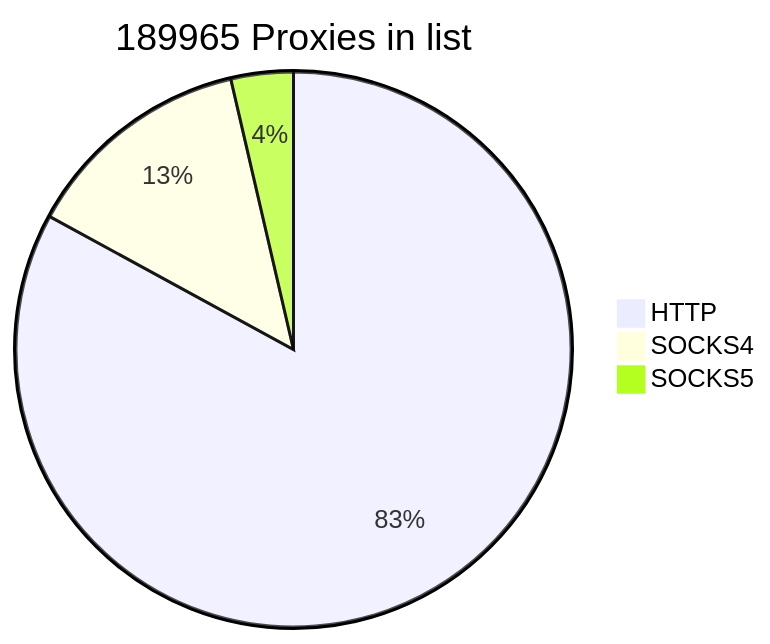
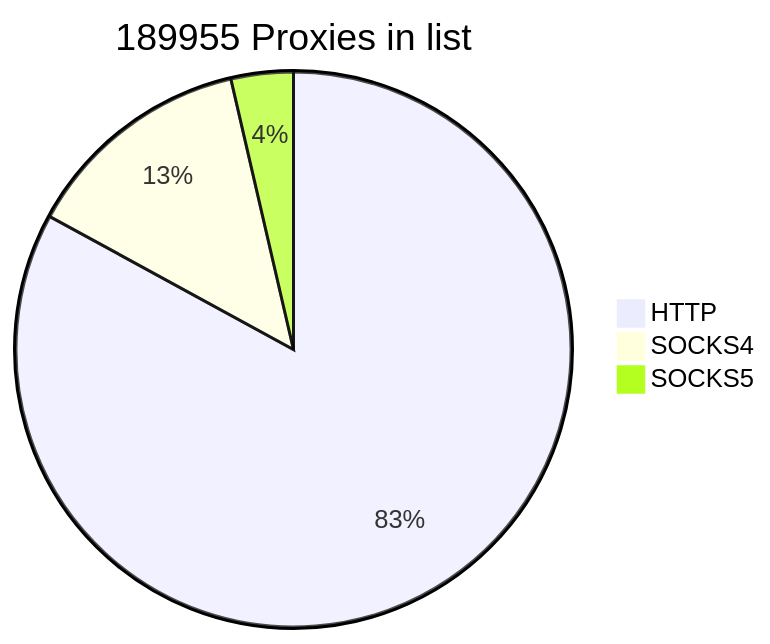
Before and after one commit to cutipu/proxylist: the first of 2 diagrams in README.md, drawn with Mermaid. The commit also changed other lines of this file, not shown here.

````diff
--- a/README.md
+++ b/README.md
@@ -2,7 +2,7 @@
 ```mermaid
-pie title 189965 Proxies in list
+pie title 189955 Proxies in list
     "HTTP" : 157569
     "SOCKS4" : 25508
-    "SOCKS5" : 6888
+    "SOCKS5" : 6878
             
 ```
````
